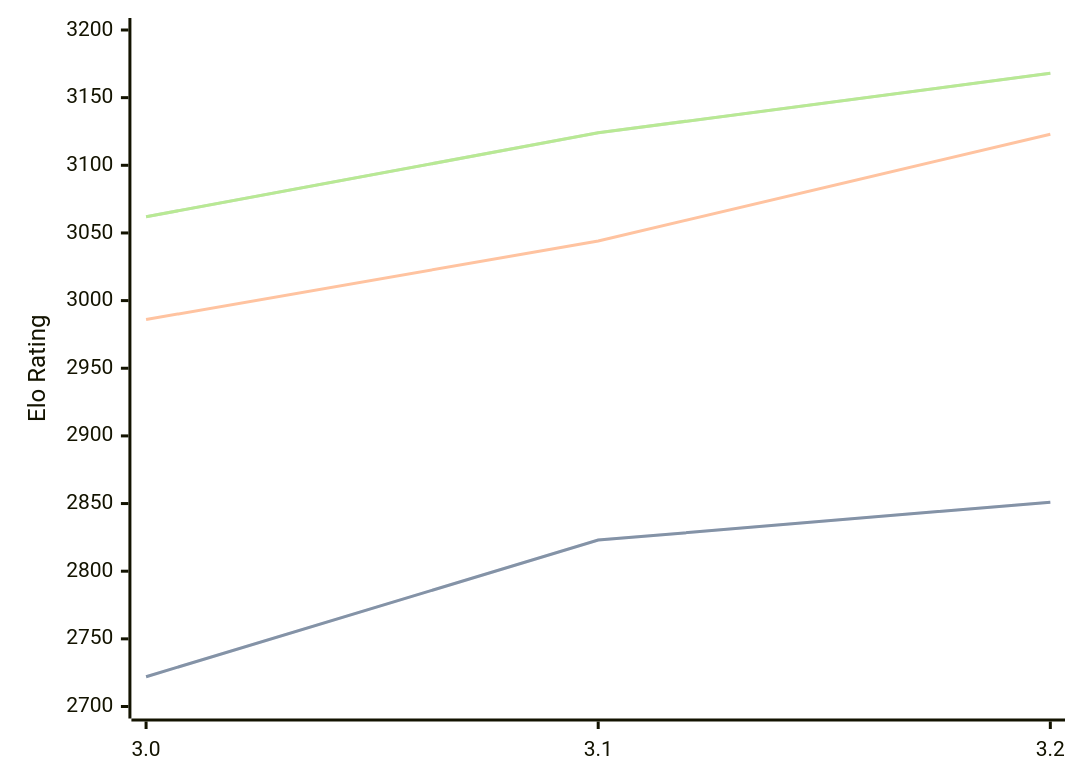
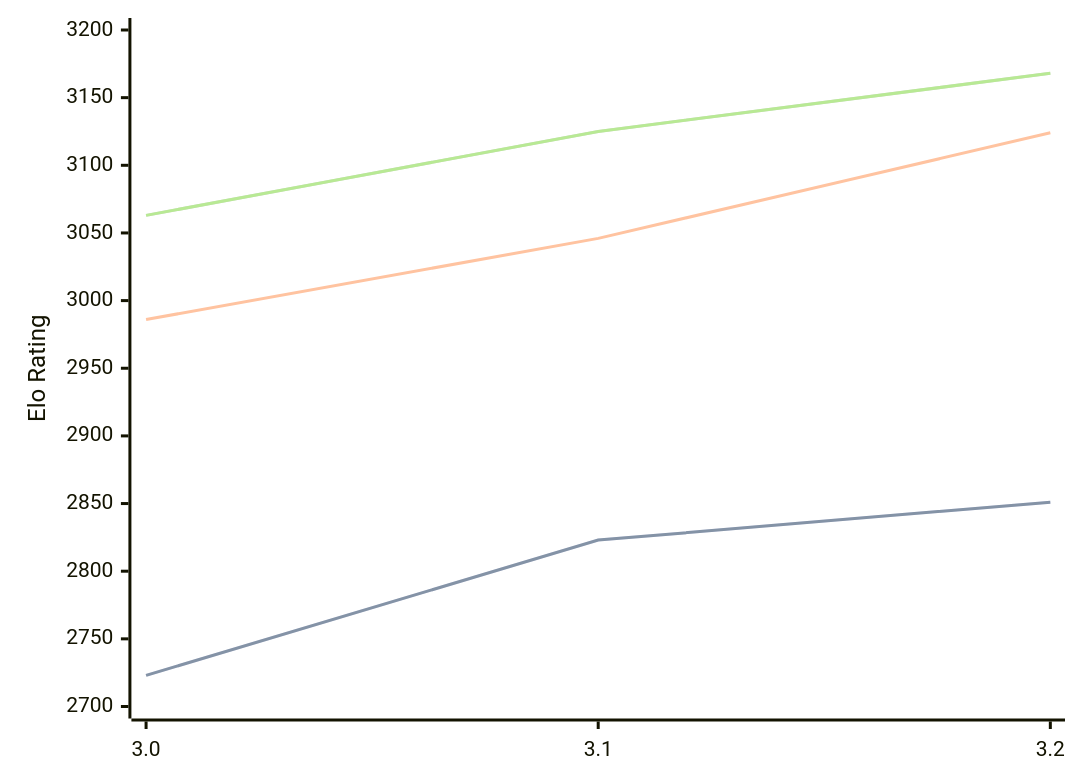
The diagram in engines/Vajolet2.md (computer-chess-index/cci), drawn with Mermaid before and after one commit. The commit also changed other lines of this file, not shown here.

Commit message:
Update CCI Ratings (ELO VLTC) - 2026-08-21

````diff
--- a/engines/Vajolet2.md
+++ b/engines/Vajolet2.md
@@ -33,11 +33,11 @@
 ```mermaid
 %%{init: {"theme":"base","themeVariables":{"seriesColors:['#a3a3a3','#222221','#faa371']}}}%%
 xychart-beta
   x-axis ["3.0", "3.1", "3.2"]
   y-axis "Elo Rating" 2700 --> 3200
-  line "STC (8.0+0.08s)" [2722, 2823, 2851]
-  line "STC (8.0+0.08s)" [2722, 2823, 2851]
-  line "LTC (60.0+0.60s)" [2986, 3044, 3123]
-  line "VLTC (2m24s+1.12s)" [3062, 3124, 3168]
-  line "VLTC (2m24s+1.12s)" [3062, 3124, 3168]
+  line "STC (8.0+0.08s)" [2723, 2823, 2851]
+  line "STC (8.0+0.08s)" [2723, 2823, 2851]
+  line "LTC (60.0+0.60s)" [2986, 3046, 3124]
+  line "VLTC (2m24s+1.12s)" [3063, 3125, 3168]
+  line "VLTC (2m24s+1.12s)" [3063, 3125, 3168]
 ```
````
